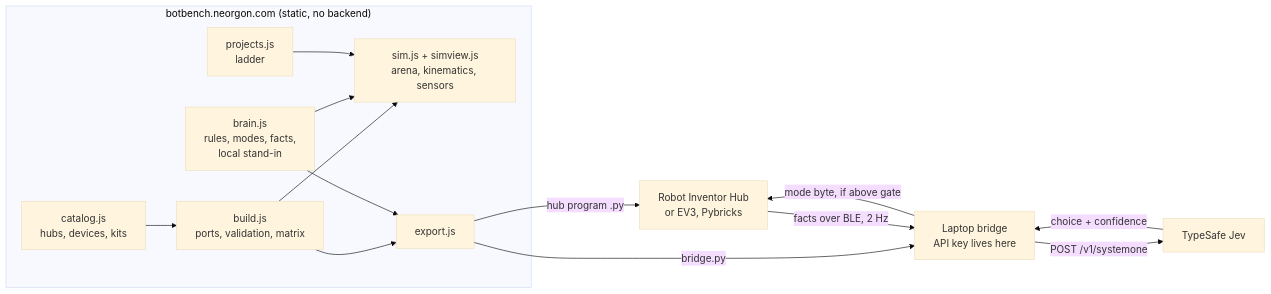
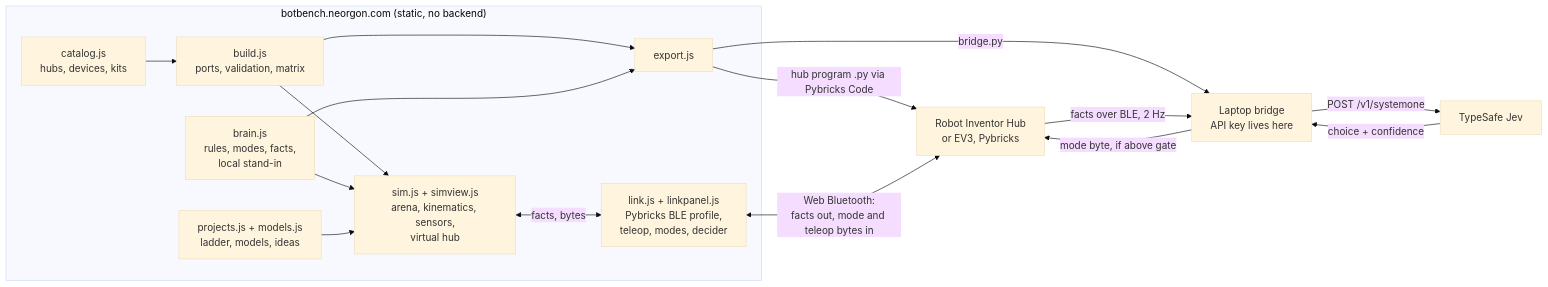
Before and after one commit to energon-a-secas/botbench-site: the diagram in docs/architecture.mmd, drawn with Mermaid (base theme). The commit also changed 18 other files, not shown here.

First line of the commit message:
feat(link): drive a Pybricks hub from the page over Web Bluetooth, with a virtual hub to rehearse on

```diff
--- a/docs/architecture.mmd
+++ b/docs/architecture.mmd
@@ -1,15 +1,18 @@
 flowchart LR
   subgraph Browser["botbench.neorgon.com (static, no backend)"]
     CAT[catalog.js<br/>hubs, devices, kits] --> BUILD[build.js<br/>ports, validation, matrix]
-    BUILD --> SIM[sim.js + simview.js<br/>arena, kinematics, sensors]
+    BUILD --> SIM[sim.js + simview.js<br/>arena, kinematics, sensors,<br/>virtual hub]
     BRAIN[brain.js<br/>rules, modes, facts,<br/>local stand-in] --> SIM
     BUILD --> EXP[export.js]
     BRAIN --> EXP
-    PROJ[projects.js<br/>ladder] --> SIM
+    PROJ[projects.js + models.js<br/>ladder, models, ideas] --> SIM
+    LINK[link.js + linkpanel.js<br/>Pybricks BLE profile,<br/>teleop, modes, decider]
+    SIM <-->|facts, bytes| LINK
   end
-  EXP -->|hub program .py| HUB[Robot Inventor Hub<br/>or EV3, Pybricks]
+  EXP -->|hub program .py via Pybricks Code| HUB[Robot Inventor Hub<br/>or EV3, Pybricks]
   EXP -->|bridge.py| BR[Laptop bridge<br/>API key lives here]
+  LINK <-->|Web Bluetooth:<br/>facts out, mode and teleop bytes in| HUB
   HUB -->|facts over BLE, 2 Hz| BR
   BR -->|POST /v1/systemone| JEV[TypeSafe Jev]
   JEV -->|choice + confidence| BR
   BR -->|mode byte, if above gate| HUB
```
